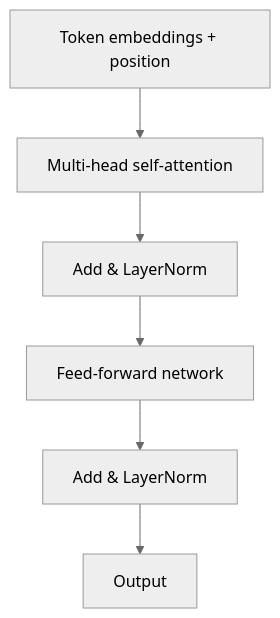
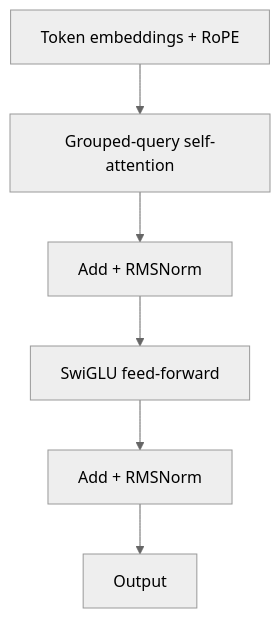
Before and after one commit to AdilShamim8/GenAI-Roadmap-with-Notes-and-Projects: the diagram in 00-foundations/00-transformers-deep-dive.md, drawn with Mermaid (neutral theme). The commit also changed other lines of this file, not shown here.

First line of the commit message:
foundations/00: expert-level upgrade — modern architecture details, inference arithmetic, primary sources

````diff
--- a/00-foundations/00-transformers-deep-dive.md
+++ b/00-foundations/00-transformers-deep-dive.md
@@ -13,8 +13,8 @@
 ```mermaid
 graph TD
-    Input[Token embeddings + position] --> MHA[Multi-head self-attention]
-    MHA --> Add1[Add & LayerNorm]
-    Add1 --> FFN[Feed-forward network]
-    FFN --> Add2[Add & LayerNorm]
+    Input[Token embeddings + RoPE] --> MHA[Grouped-query self-attention]
+    MHA --> Add1[Add + RMSNorm]
+    Add1 --> FFN[SwiGLU feed-forward]
+    FFN --> Add2[Add + RMSNorm]
     Add2 --> Out[Output]
 ```
````
